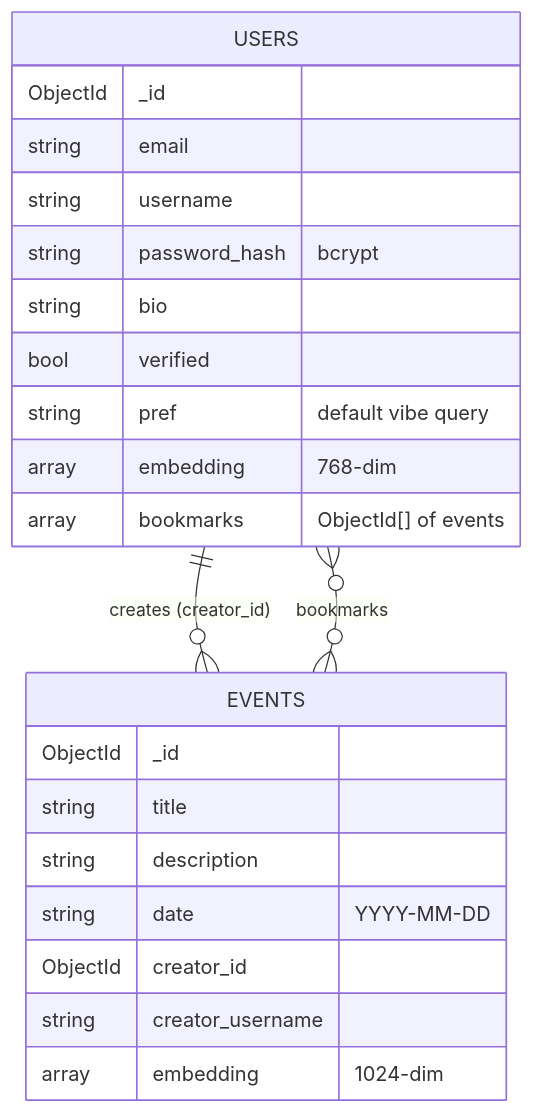
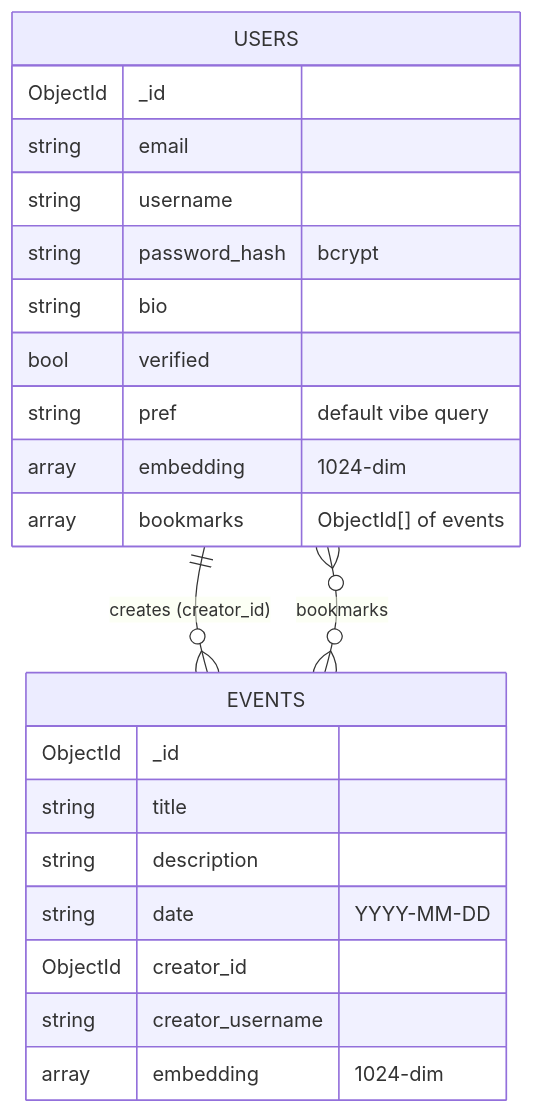
Before and after one commit to IT-8-TUES/8V-25-26-Nino-chan: the fourth of 6 diagrams in architecture.md, drawn with Mermaid. The commit also changed other lines of this file and 1 other file, not shown here.

````diff
--- a/architecture.md
+++ b/architecture.md
@@ -119,25 +119,25 @@
 ```mermaid
 erDiagram
     USERS {
         ObjectId _id
         string email
         string username
         string password_hash "bcrypt"
         string bio
         bool verified
         string pref "default vibe query"
-        array embedding "768-dim"
+        array embedding "1024-dim"
         array bookmarks "ObjectId[] of events"
     }
     EVENTS {
         ObjectId _id
         string title
         string description
         string date "YYYY-MM-DD"
         ObjectId creator_id
         string creator_username
         array embedding "1024-dim"
     }
     USERS ||--o{ EVENTS : "creates (creator_id)"
     USERS }o--o{ EVENTS : "bookmarks"
 ```
````
